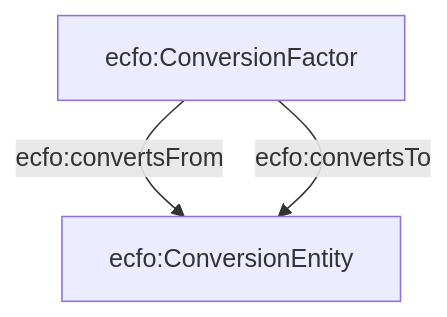
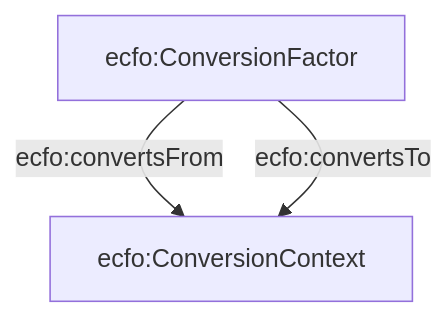
The second of 7 diagrams in development/doc.md (TEC-Toolkit/ECFO), drawn with Mermaid before and after one commit. The commit also changed other lines of this file, not shown here.

````diff
--- a/development/doc.md
+++ b/development/doc.md
@@ -22,8 +25,8 @@
 ```mermaid
- graph TD
+graph TD
     CF[ecfo:ConversionFactor]
-    CE[ecfo:ConversionEntity]
+    CE[ecfo:ConversionContext]
 
     CF -- "ecfo:convertsFrom" --> CE
     CF -- "ecfo:convertsTo" --> CE
-   ```
+```
````
